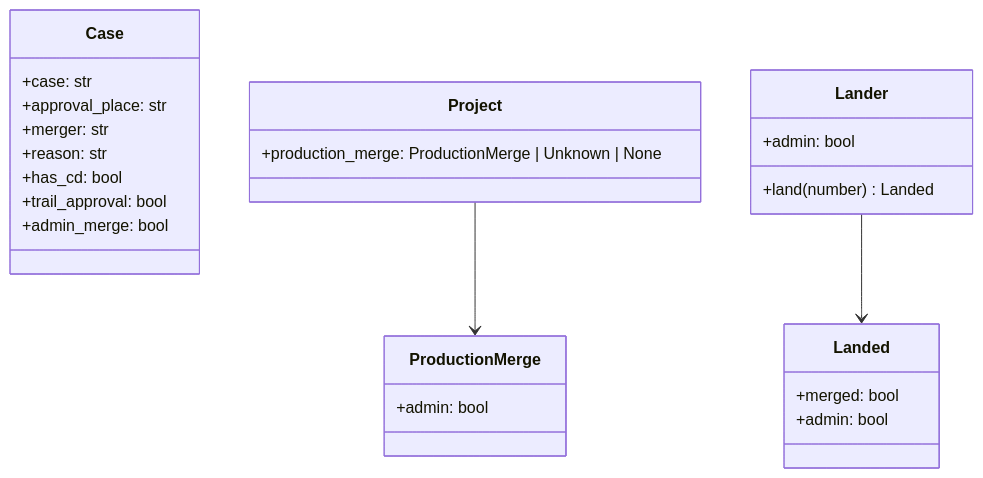
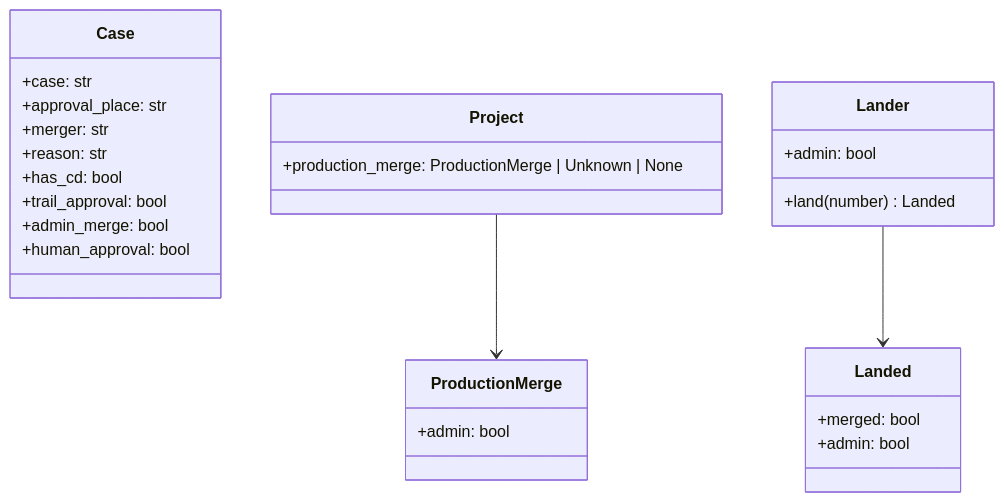
One commit to devbasex/ai-plugins changed the second of 3 diagrams in issues/issue-3506-design.md. Above: the diagram before and after it, drawn with Mermaid. The commit also changed other lines of this file, not shown here.

````diff
--- a/issues/issue-3506-design.md
+++ b/issues/issue-3506-design.md
@@ -195,28 +216,29 @@
 ```mermaid
 classDiagram
   class Case {
     +case: str
     +approval_place: str
     +merger: str
     +reason: str
     +has_cd: bool
     +trail_approval: bool
     +admin_merge: bool
+    +human_approval: bool
   }
   class ProductionMerge {
     +admin: bool
   }
   class Project {
     +production_merge: ProductionMerge | Unknown | None
   }
   class Lander {
     +admin: bool
     +land(number) Landed
   }
   class Landed {
     +merged: bool
     +admin: bool
   }
   Project --> ProductionMerge
   Lander --> Landed
 ```
````
